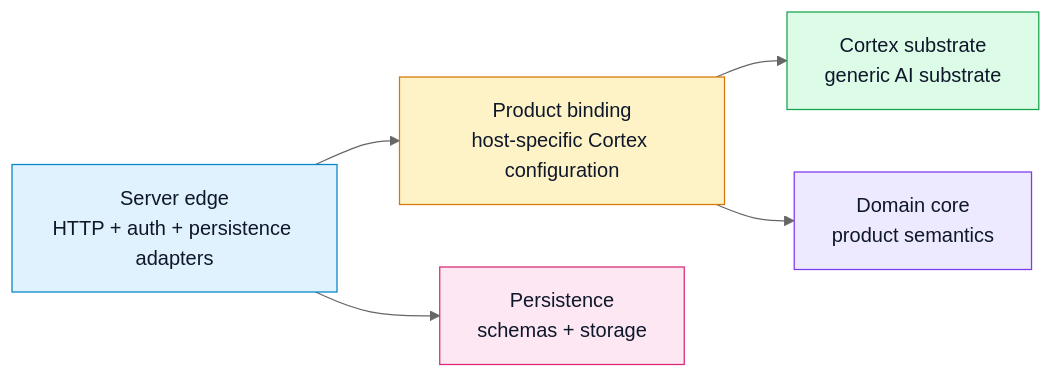
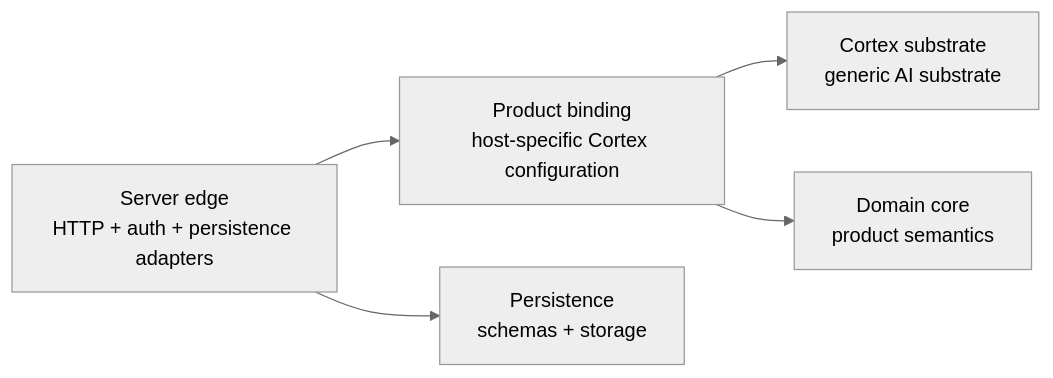
The diagram in docs/Architecture/02-ownership-and-boundaries.md (Digimuoto/cortex), drawn with Mermaid (neutral theme) before and after one commit. The commit also changed 6 other files, not shown here.

First line of the commit message:
docs: prefer default Mermaid theme colours across diagrams

````diff
--- a/docs/Architecture/02-ownership-and-boundaries.md
+++ b/docs/Architecture/02-ownership-and-boundaries.md
@@ -40,14 +40,8 @@
 ```mermaid
 flowchart LR
     S[Server edge<br/>HTTP + auth + persistence adapters] --> C[Product binding<br/>host-specific Cortex configuration]
     C --> X[Cortex substrate<br/>generic AI substrate]
 
     C --> F[Domain core<br/>product semantics]
     S --> D[Persistence<br/>schemas + storage]
-
-    style S fill:#e0f2fe,stroke:#0284c7,color:#0f172a
-    style C fill:#fef3c7,stroke:#d97706,color:#0f172a
-    style X fill:#dcfce7,stroke:#16a34a,color:#0f172a
-    style F fill:#ede9fe,stroke:#7c3aed,color:#0f172a
-    style D fill:#fce7f3,stroke:#db2777,color:#0f172a
 ```
````
